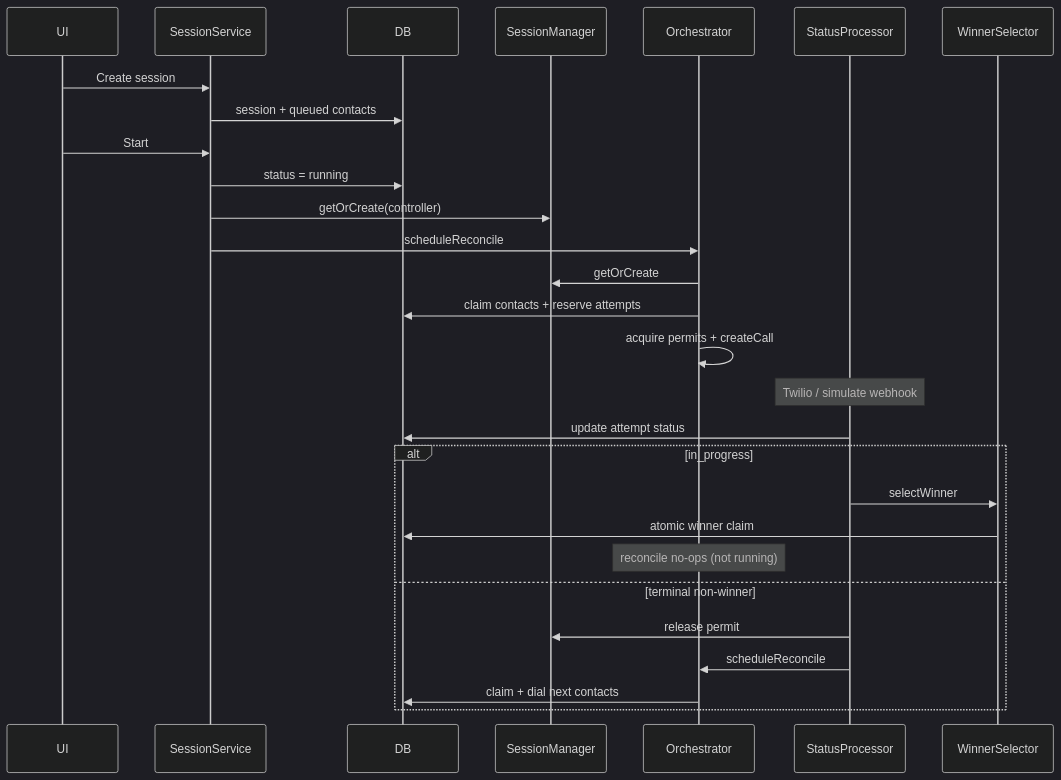
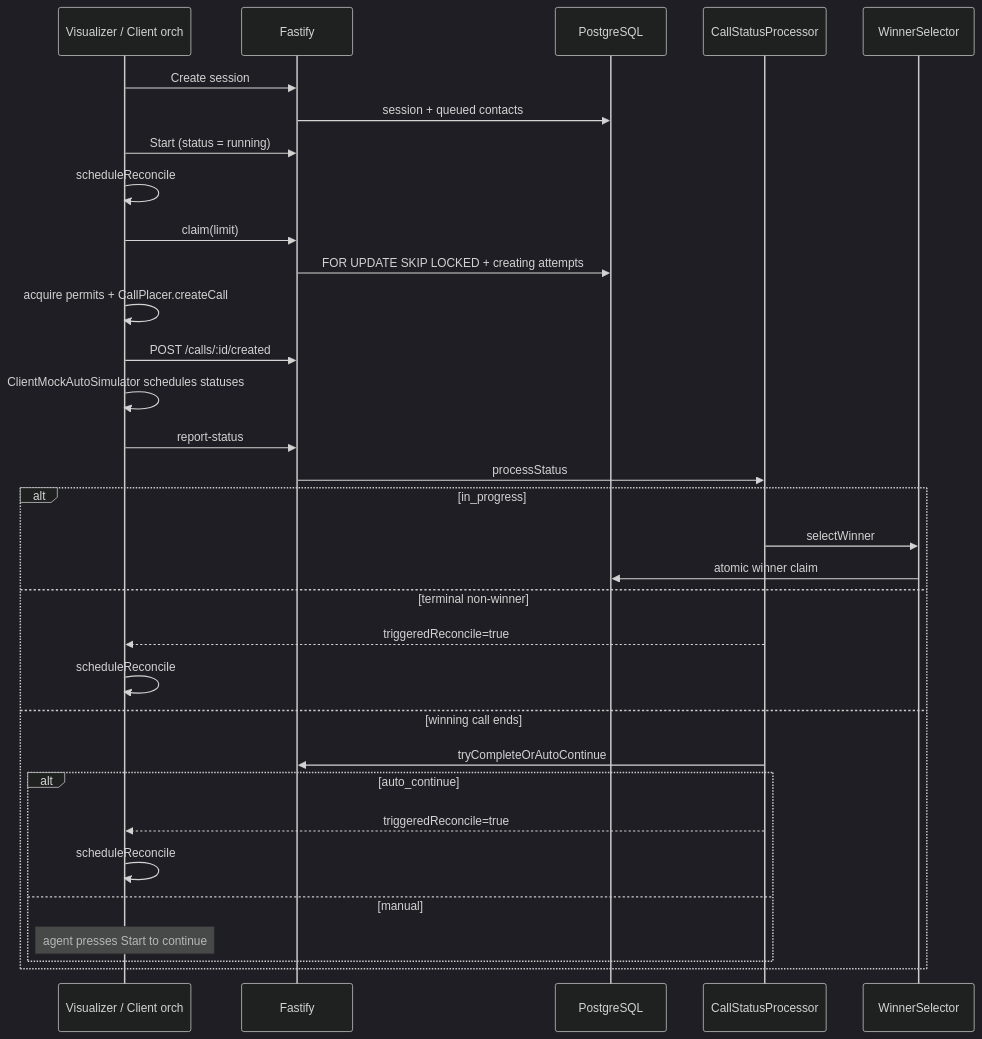
The third of 9 diagrams in docs/ARCHITECTURE.md (daniel-citrus/concurrent-outbound-dialer), drawn with Mermaid (dark theme) before and after one commit. The commit also changed other lines of this file and 30 other files, not shown here.

First line of the commit message:
Move dialing orchestration into the Svelte client and thin the Fastify API to a durable system of record.

````diff
--- a/docs/ARCHITECTURE.md
+++ b/docs/ARCHITECTURE.md
@@ -74,35 +172,37 @@
 ```mermaid
 sequenceDiagram
-  participant UI
-  participant SessionService
-  participant DB
-  participant SessionManager
-  participant Orchestrator
-  participant StatusProcessor
-  participant WinnerSelector
+  participant UI as Visualizer / Client orch
+  participant API as Fastify
+  participant DB as PostgreSQL
+  participant CSP as CallStatusProcessor
+  participant WS as WinnerSelector
 
-  UI->>SessionService: Create session
-  SessionService->>DB: session + queued contacts
+  UI->>API: Create session
+  API->>DB: session + queued contacts
 
-  UI->>SessionService: Start
-  SessionService->>DB: status = running
-  SessionService->>SessionManager: getOrCreate(controller)
-  SessionService->>Orchestrator: scheduleReconcile
+  UI->>API: Start (status = running)
+  UI->>UI: scheduleReconcile
+  UI->>API: claim(limit)
+  API->>DB: FOR UPDATE SKIP LOCKED + creating attempts
+  UI->>UI: acquire permits + CallPlacer.createCall
+  UI->>API: POST /calls/:id/created
+  UI->>UI: ClientMockAutoSimulator schedules statuses
 
-  Orchestrator->>SessionManager: getOrCreate
-  Orchestrator->>DB: claim contacts + reserve attempts
-  Orchestrator->>Orchestrator: acquire permits + createCall
-
-  Note over StatusProcessor: Twilio / simulate webhook
-  StatusProcessor->>DB: update attempt status
-
+  UI->>API: report-status
+  API->>CSP: processStatus
   alt in_progress
-    StatusProcessor->>WinnerSelector: selectWinner
-    WinnerSelector->>DB: atomic winner claim
-    Note over Orchestrator: reconcile no-ops (not running)
+    CSP->>WS: selectWinner
+    WS->>DB: atomic winner claim
   else terminal non-winner
-    StatusProcessor->>SessionManager: release permit
-    StatusProcessor->>Orchestrator: scheduleReconcile
-    Orchestrator->>DB: claim + dial next contacts
+    CSP-->>UI: triggeredReconcile=true
+    UI->>UI: scheduleReconcile
+  else winning call ends
+    CSP->>API: tryCompleteOrAutoContinue
+    alt auto_continue
+      CSP-->>UI: triggeredReconcile=true
+      UI->>UI: scheduleReconcile
+    else manual
+      Note over UI: agent presses Start to continue
+    end
   end
 ```
````
